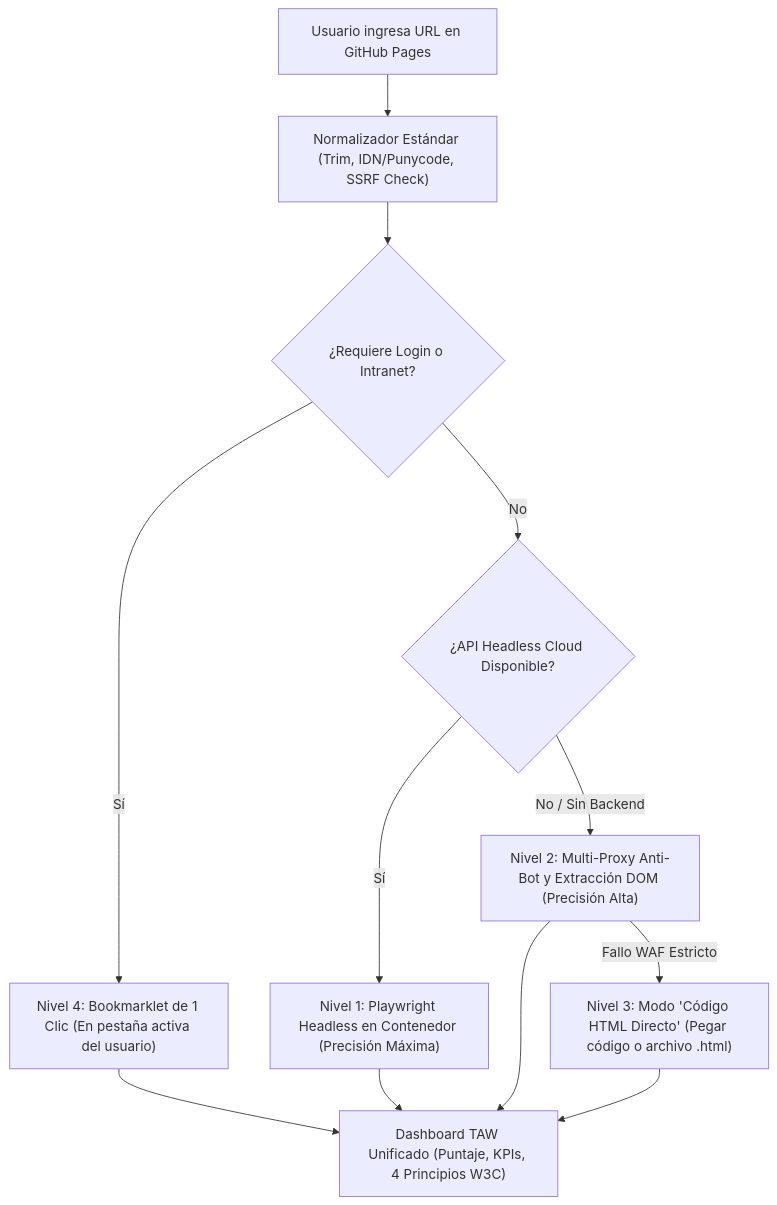
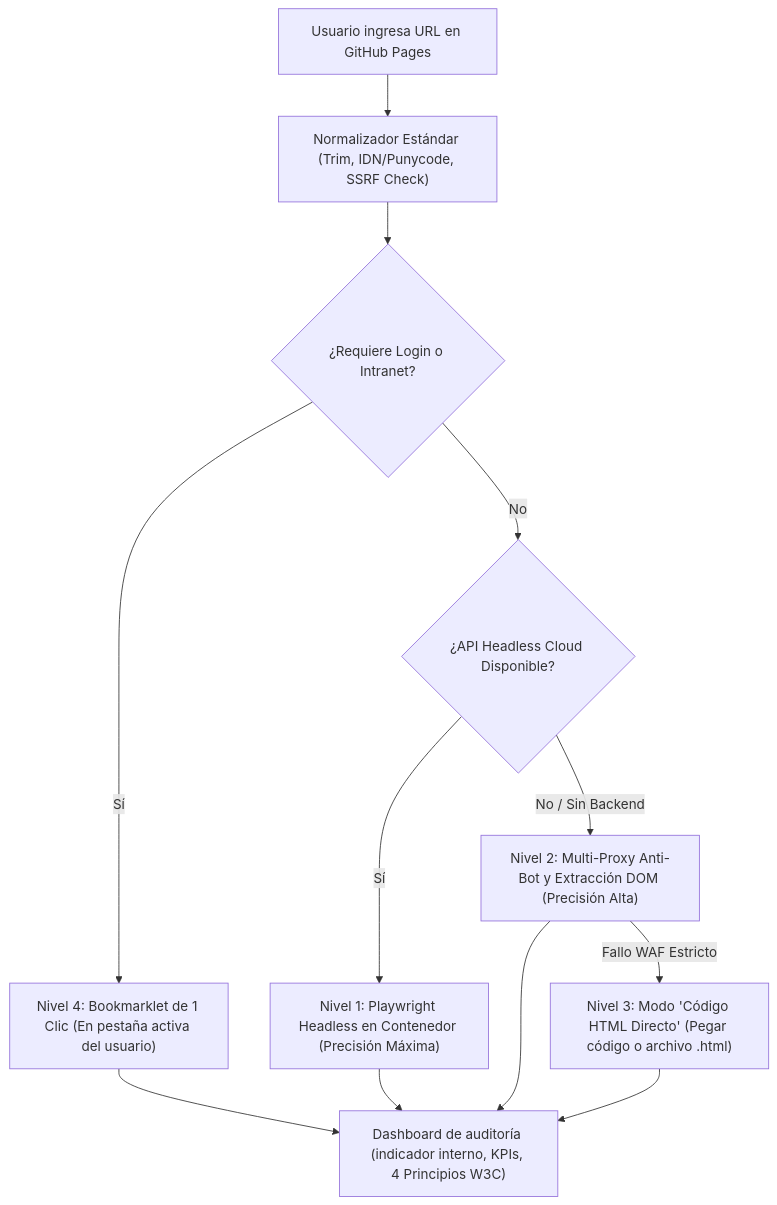
The diagram in README.md (SamuelCamacho2008/a11y-agent), drawn with Mermaid before and after one commit. The commit also changed other lines of this file and 13 other files, not shown here.

````diff
--- a/README.md
+++ b/README.md
@@ -34,14 +36,14 @@
 ```mermaid
 flowchart TD
     A["Usuario ingresa URL en GitHub Pages"] --> B["Normalizador Estándar (Trim, IDN/Punycode, SSRF Check)"]
     B --> C{"¿Requiere Login o Intranet?"}
     C -- "Sí" --> D["Nivel 4: Bookmarklet de 1 Clic (En pestaña activa del usuario)"]
     C -- "No" --> E{"¿API Headless Cloud Disponible?"}
     E -- "Sí" --> F["Nivel 1: Playwright Headless en Contenedor (Precisión Máxima)"]
     E -- "No / Sin Backend" --> G["Nivel 2: Multi-Proxy Anti-Bot y Extracción DOM (Precisión Alta)"]
     G -- "Fallo WAF Estricto" --> H["Nivel 3: Modo 'Código HTML Directo' (Pegar código o archivo .html)"]
-    D --> I["Dashboard TAW Unificado (Puntaje, KPIs, 4 Principios W3C)"]
+    D --> I["Dashboard de auditoría (indicador interno, KPIs, 4 Principios W3C)"]
     F --> I
     G --> I
     H --> I
 ```
````
